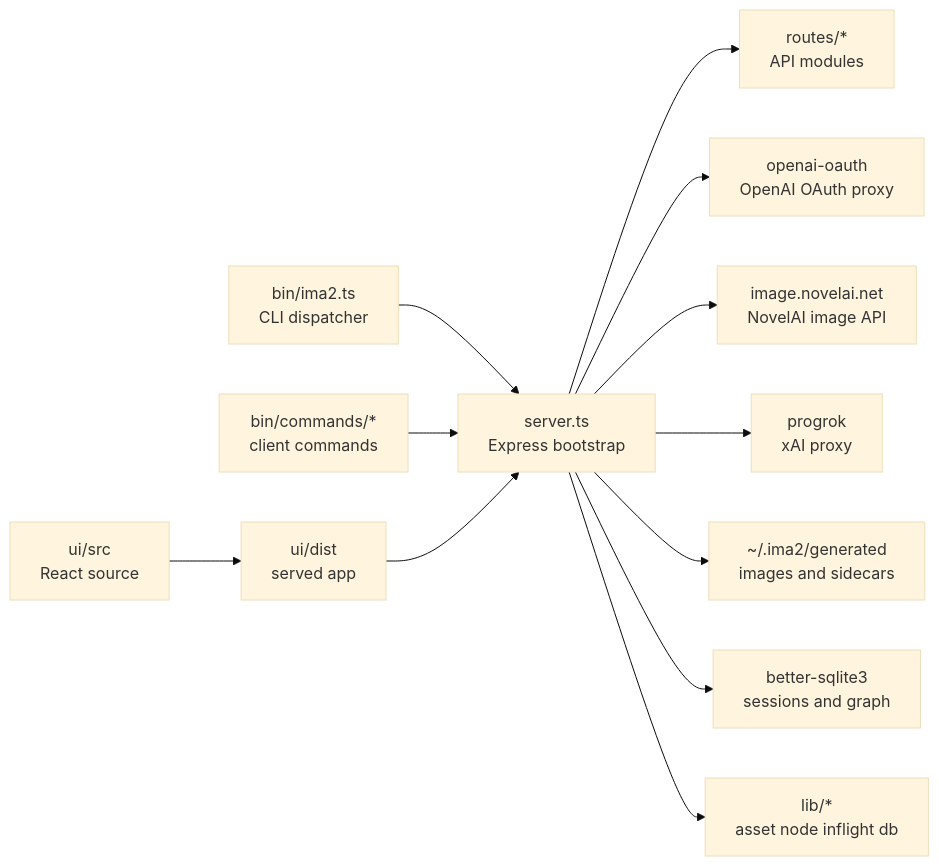
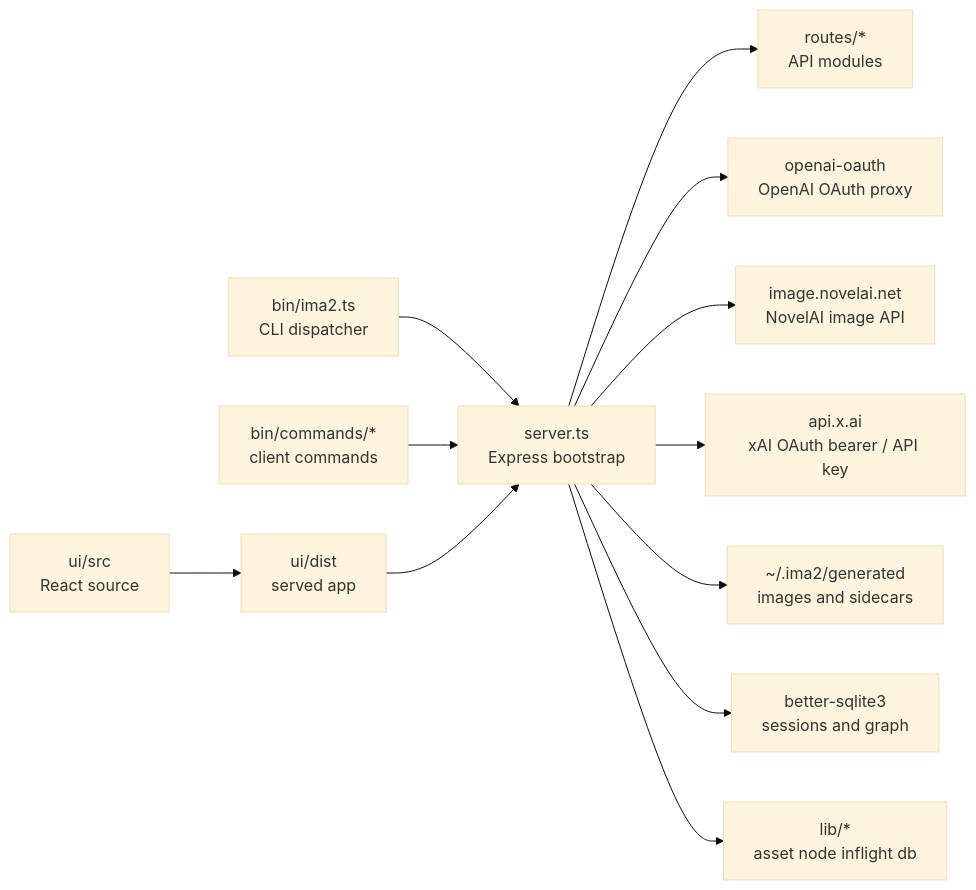
The diagram in structure/00-structure-hub.md (lidge-jun/ima2-gen), drawn with Mermaid (base theme) before and after one commit. The commit also changed other lines of this file and 44 other files, not shown here.

First line of the commit message:
docs(grok): describe the native xAI OAuth lane everywhere the proxy used to be

````diff
--- a/structure/00-structure-hub.md
+++ b/structure/00-structure-hub.md
@@ -50,14 +50,14 @@
 ```mermaid
 graph LR
     CLI["bin/ima2.ts<br/>CLI dispatcher"] --> API["server.ts<br/>Express bootstrap"]
     CMDS["bin/commands/*<br/>client commands"] --> API
     WEB["ui/dist<br/>served app"] --> API
     SRC["ui/src<br/>React source"] --> WEB
     API --> ROUTES["routes/*<br/>API modules"]
     API --> OAUTH["openai-oauth<br/>OpenAI OAuth proxy"]
     API --> NAI["image.novelai.net<br/>NovelAI image API"]
-    API --> GROK["progrok<br/>xAI proxy"]
+    API --> XAI["api.x.ai<br/>xAI OAuth bearer / API key"]
     API --> GEN["~/.ima2/generated<br/>images and sidecars"]
     API --> DB["better-sqlite3<br/>sessions and graph"]
     API --> LIB["lib/*<br/>asset node inflight db"]
 ```
````
